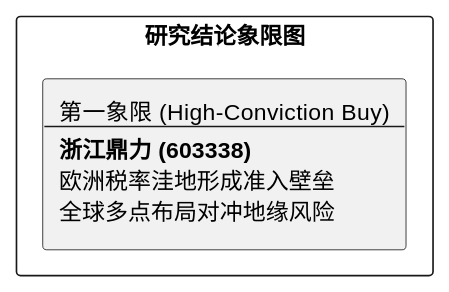
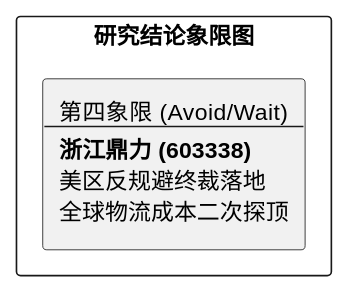
One commit to hrzzzrh/QuantPyLab changed the diagram in investigation/equities/浙江鼎力/reports/研报章节七：投资摘要与风险因素.md. Above: the diagram before and after it, drawn with PlantUML. The commit also changed other lines of this file and 159 other files, not shown here.

````diff
--- a/investigation/equities/浙江鼎力/reports/研报章节七：投资摘要与风险因素.md
+++ b/investigation/equities/浙江鼎力/reports/研报章节七：投资摘要与风险因素.md
@@ -24,7 +24,7 @@
 ```plantuml
 @startuml
 rectangle "研究结论象限图" {
-    rectangle "第一象限 (High-Conviction Buy)\n--\n**浙江鼎力 (603338)**\n欧洲税率洼地形成准入壁垒\n全球多点布局对冲地缘风险" as Q1
+    rectangle "第四象限 (Avoid/Wait)\n--\n**浙江鼎力 (603338)**\n美区反规避终裁落地\n全球物流成本二次探顶" as Q4
 }
 @enduml
 ```
````
